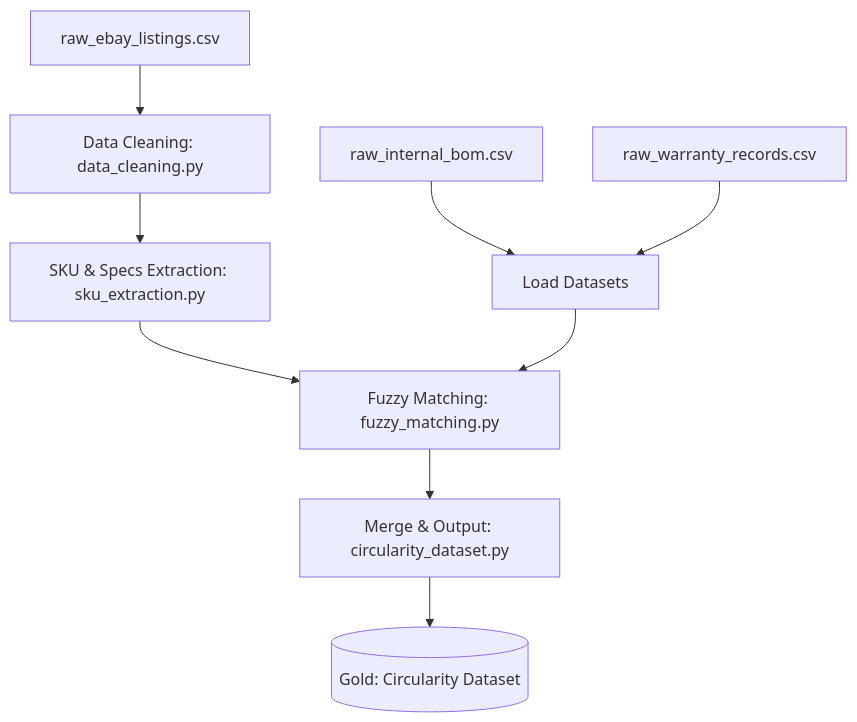
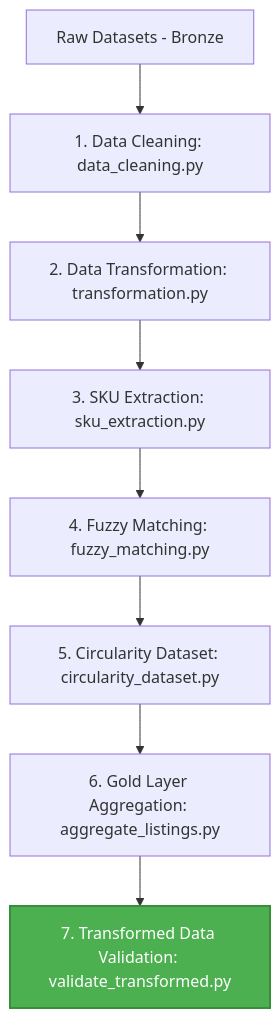
The diagram in docs/workflow.md (sree-blip/echochain-circular-economy), drawn with Mermaid before and after one commit. The commit also changed other lines of this file and 8 other files, not shown here.

````diff
--- a/docs/workflow.md
+++ b/docs/workflow.md
@@ -12,13 +12,12 @@
 ```mermaid
 graph TD
-    A[raw_ebay_listings.csv] --> C[Data Cleaning: data_cleaning.py]
-    B[raw_internal_bom.csv] --> E[Load Datasets]
-    D[raw_warranty_records.csv] --> E
+    A[Raw Datasets - Bronze] --> B[1. Data Cleaning: data_cleaning.py]
+    B --> C[2. Data Transformation: transformation.py]
+    C --> D[3. SKU Extraction: sku_extraction.py]
+    D --> E[4. Fuzzy Matching: fuzzy_matching.py]
+    E --> F[5. Circularity Dataset: circularity_dataset.py]
+    F --> G[6. Gold Layer Aggregation: aggregate_listings.py]
+    G --> H[7. Transformed Data Validation: validate_transformed.py]
     
-    C --> F[SKU & Specs Extraction: sku_extraction.py]
-    F --> G[Fuzzy Matching: fuzzy_matching.py]
-    E --> G
-    
-    G --> H[Merge & Output: circularity_dataset.py]
-    H --> I[(Gold: Circularity Dataset)]
+    style H fill:#4CAF50,stroke:#388E3C,stroke-width:2px,color:#fff
 ```
````
